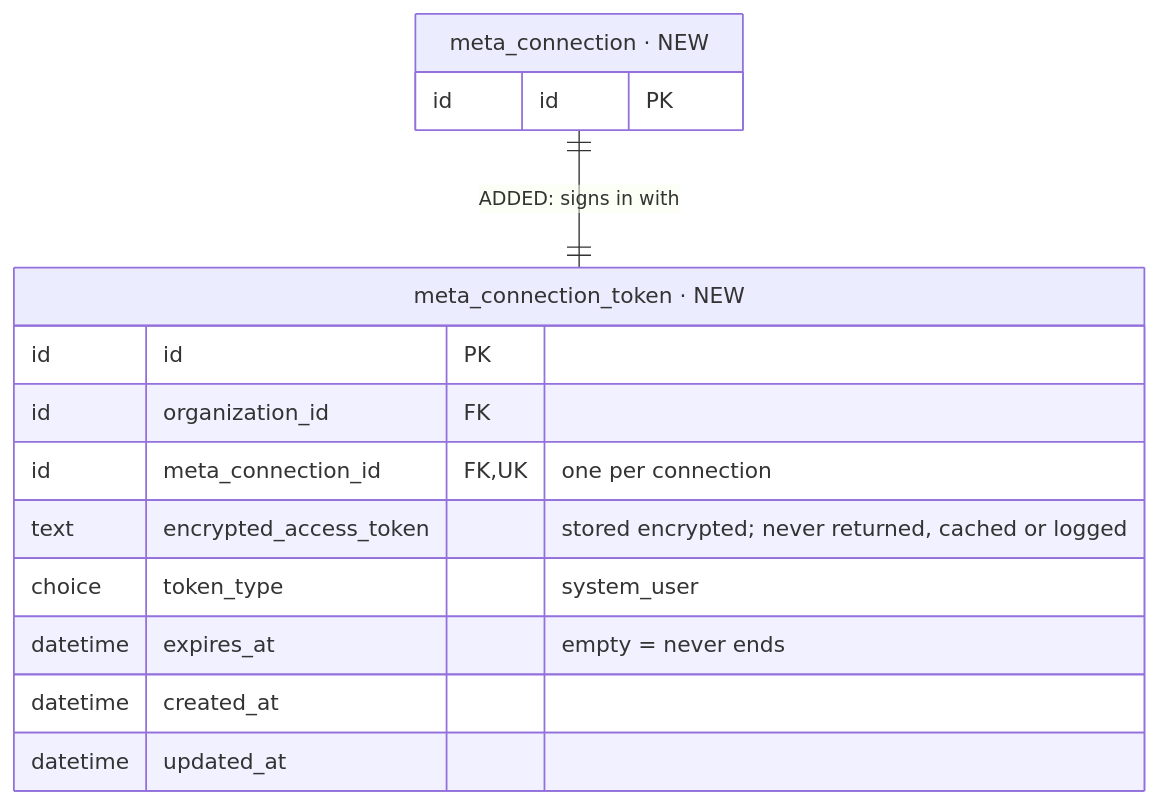
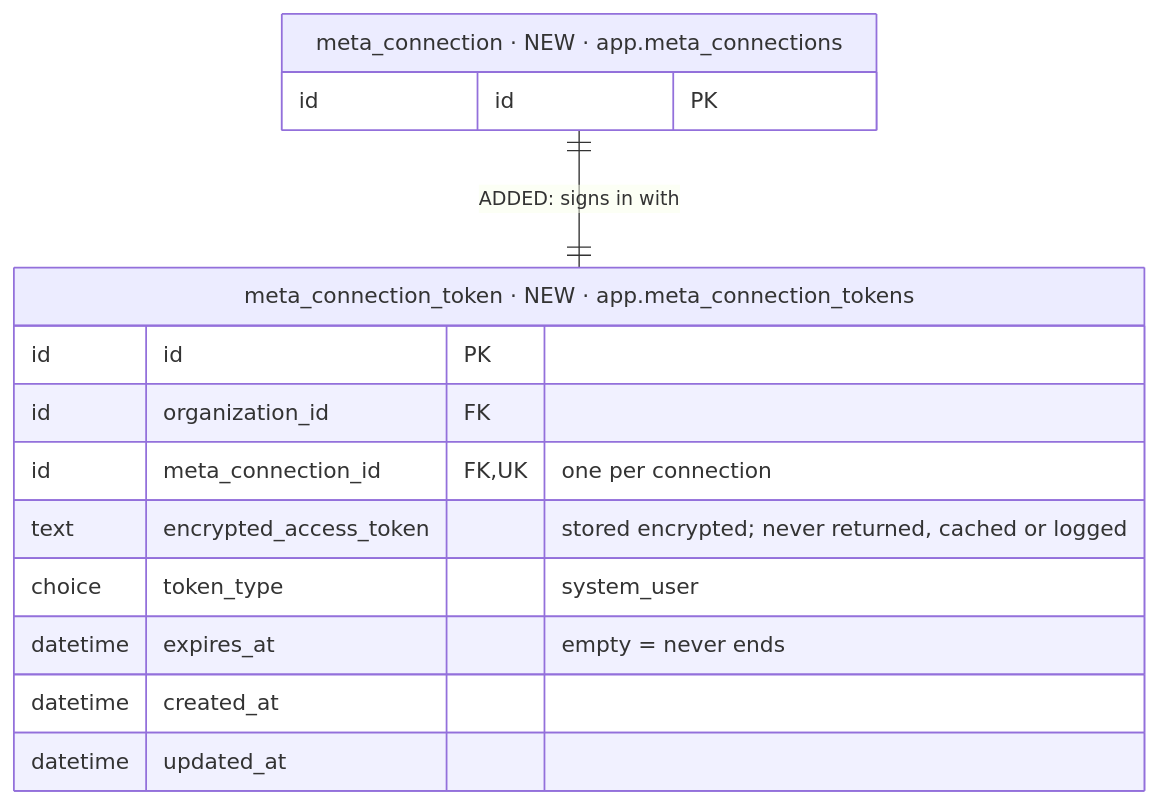
Before and after one commit to albetrios/meepzo-be: the third of 39 diagrams in iterations/feat-instagram-dm-sending-2026-11-23-oxak/plans/db-changes.md, drawn with Mermaid. The commit also changed other lines of this file and 3 other files, not shown here.

````diff
--- a/iterations/feat-instagram-dm-sending-2026-11-23-oxak/plans/db-changes.md
+++ b/iterations/feat-instagram-dm-sending-2026-11-23-oxak/plans/db-changes.md
@@ -226,17 +227,17 @@
 ```mermaid
 erDiagram
-  meta_connection_token["meta_connection_token · NEW"] {
+  meta_connection_token["meta_connection_token · NEW · app.meta_connection_tokens"] {
     id id PK
     id organization_id FK
     id meta_connection_id FK, UK "one per connection"
     text encrypted_access_token "stored encrypted; never returned, cached or logged"
     choice token_type "system_user"
     datetime expires_at "empty = never ends"
     datetime created_at
     datetime updated_at
   }
-  meta_connection["meta_connection · NEW"] {
+  meta_connection["meta_connection · NEW · app.meta_connections"] {
     id id PK
   }
   meta_connection ||--|| meta_connection_token : "ADDED: signs in with"
 ```
````
